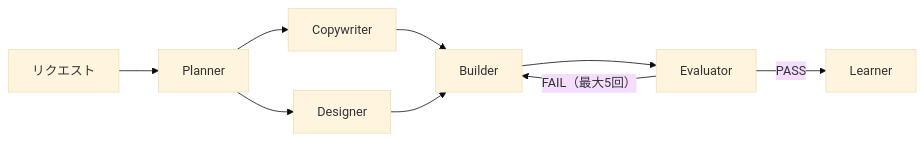
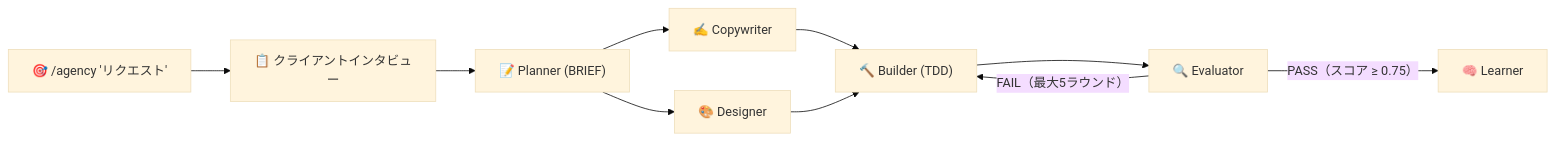
The seventh of 7 diagrams in README.ja.md (modu-ai/moai-adk), drawn with Mermaid (base theme) before and after one commit. The commit also changed other lines of this file and 3 other files, not shown here.

First line of the commit message:
docs(readme): Agency v3.2 상세 문서화 - 자율 워크플로우 + GAN Loop + 브랜드 컨텍스트 (4개 언어)

````diff
--- a/README.ja.md
+++ b/README.ja.md
@@ -881,11 +899,12 @@
 ```mermaid
 flowchart LR
-    REQ[リクエスト] --> P[Planner]
-    P --> C[Copywriter]
-    P --> D[Designer]
-    C --> B[Builder]
+    REQ["🎯 /agency 'リクエスト'"] --> INT["📋 クライアントインタビュー"]
+    INT --> P["📝 Planner (BRIEF)"]
+    P --> C["✍️ Copywriter"]
+    P --> D["🎨 Designer"]
+    C --> B["🔨 Builder (TDD)"]
     D --> B
-    B --> E[Evaluator]
-    E -->|"FAIL（最大5回）"| B
-    E -->|PASS| L[Learner]
+    B --> E["🔍 Evaluator"]
+    E -->|"FAIL（最大5ラウンド）"| B
+    E -->|"PASS（スコア ≥ 0.75）"| L["🧠 Learner"]
 ```
````
